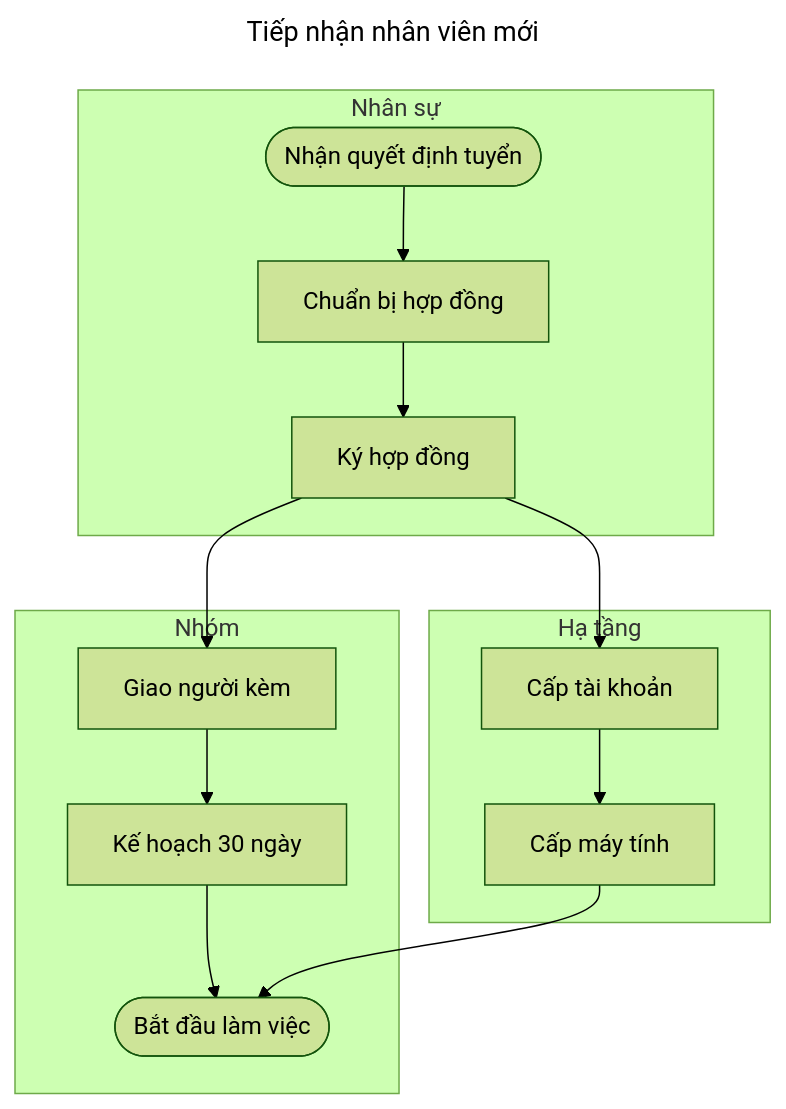
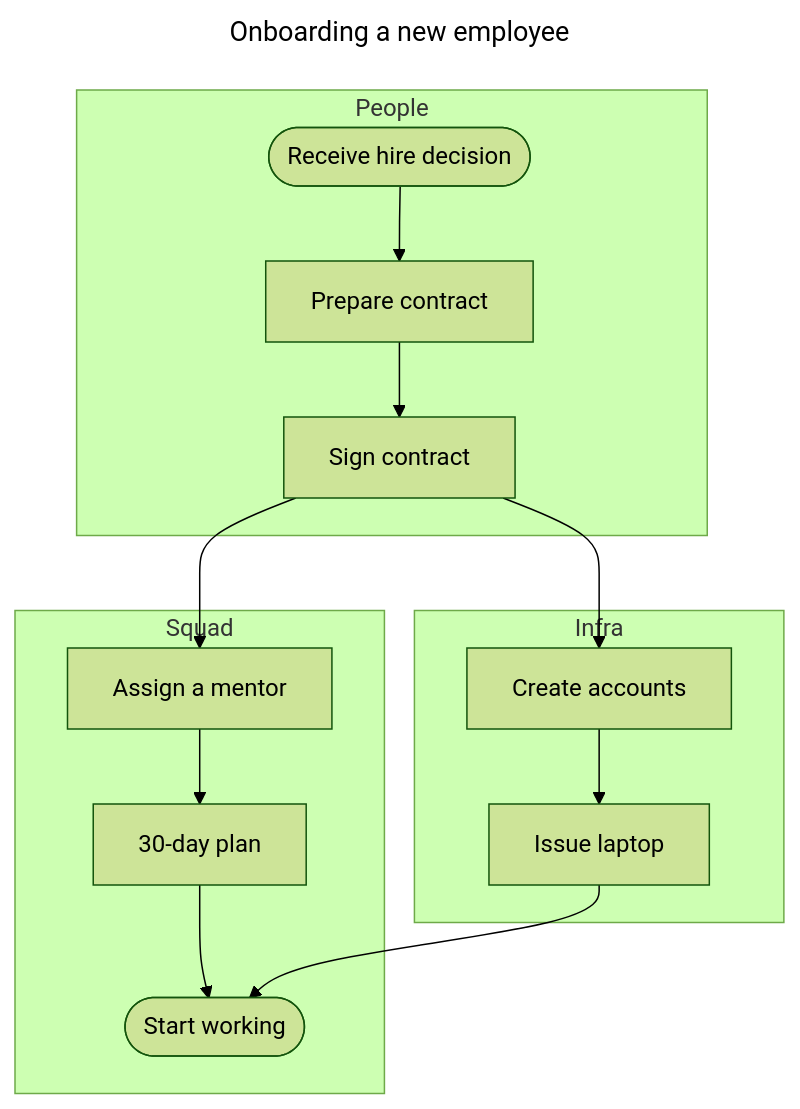
Before and after one commit to luytbq/flowcast: the diagram in conformance/mermaid/10-onboarding.mmd, drawn with Mermaid (forest theme). The commit also changed 750 other files, not shown here.

```diff
--- a/conformance/mermaid/10-onboarding.mmd
+++ b/conformance/mermaid/10-onboarding.mmd
@@ -1,18 +1,18 @@
 ---
-title: Tiếp nhận nhân viên mới
+title: Onboarding a new employee
 ---
 flowchart TD
-    subgraph HR [Nhân sự]
-        o([Nhận quyết định tuyển]) --> p[Chuẩn bị hợp đồng]
-        p --> q[Ký hợp đồng]
+    subgraph HR [People]
+        o([Receive hire decision]) --> p[Prepare contract]
+        p --> q[Sign contract]
     end
-    subgraph IT [Hạ tầng]
-        r[Cấp tài khoản] --> s[Cấp máy tính]
+    subgraph IT [Infra]
+        r[Create accounts] --> s[Issue laptop]
     end
-    subgraph Team [Nhóm]
-        t[Giao người kèm] --> u[Kế hoạch 30 ngày]
-        u --> v([Bắt đầu làm việc])
+    subgraph Team [Squad]
+        t[Assign a mentor] --> u[30-day plan]
+        u --> v([Start working])
     end
     q --> r
     q --> t
     s --> v
```
